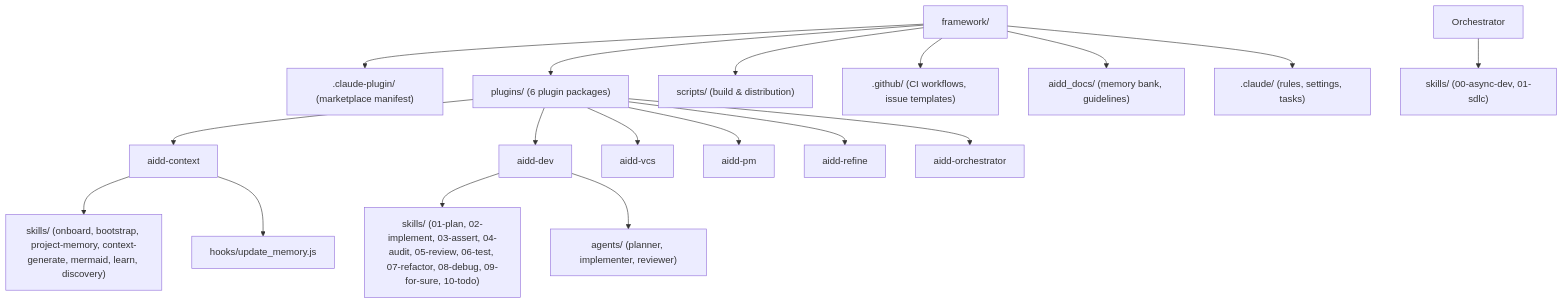
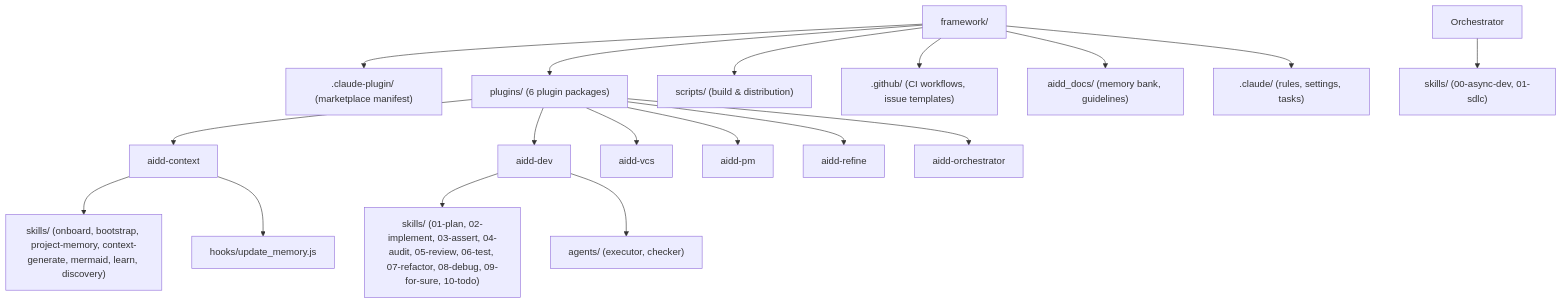
Before and after one commit to ai-driven-dev/aidd-framework: the diagram in aidd_docs/memory/codebase-map.md, drawn with Mermaid. The commit also changed 4 other files, not shown here.

````diff
--- a/aidd_docs/memory/codebase-map.md
+++ b/aidd_docs/memory/codebase-map.md
@@ -3,22 +3,22 @@
 ```mermaid
 flowchart TD
     Root["framework/"] --> ClaudePlugin[".claude-plugin/ (marketplace manifest)"]
     Root --> Plugins["plugins/ (6 plugin packages)"]
     Root --> Scripts["scripts/ (build & distribution)"]
     Root --> GH[".github/ (CI workflows, issue templates)"]
     Root --> AiddDocs["aidd_docs/ (memory bank, guidelines)"]
     Root --> DotClaude[".claude/ (rules, settings, tasks)"]
 
     Plugins --> AiddContext["aidd-context"]
     Plugins --> AiddDev["aidd-dev"]
     Plugins --> AiddVCS["aidd-vcs"]
     Plugins --> AiddPM["aidd-pm"]
     Plugins --> AiddRefine["aidd-refine"]
     Plugins --> AiddOrchestrator["aidd-orchestrator"]
 
     AiddContext --> CtxSkills["skills/ (onboard, bootstrap, project-memory, context-generate, mermaid, learn, discovery)"]
     AiddContext --> CtxHooks["hooks/update_memory.js"]
     AiddDev --> DevSkills["skills/ (01-plan, 02-implement, 03-assert, 04-audit, 05-review, 06-test, 07-refactor, 08-debug, 09-for-sure, 10-todo)"]
-    AiddDev --> DevAgents["agents/ (planner, implementer, reviewer)"]
+    AiddDev --> DevAgents["agents/ (executor, checker)"]
     Orchestrator --> OrchestratorSkills["skills/ (00-async-dev, 01-sdlc)"]
 ```
````
